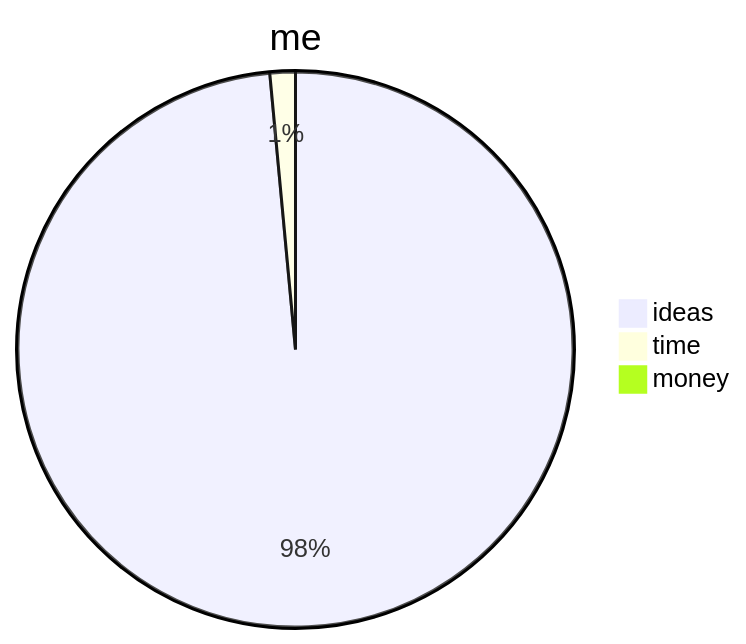
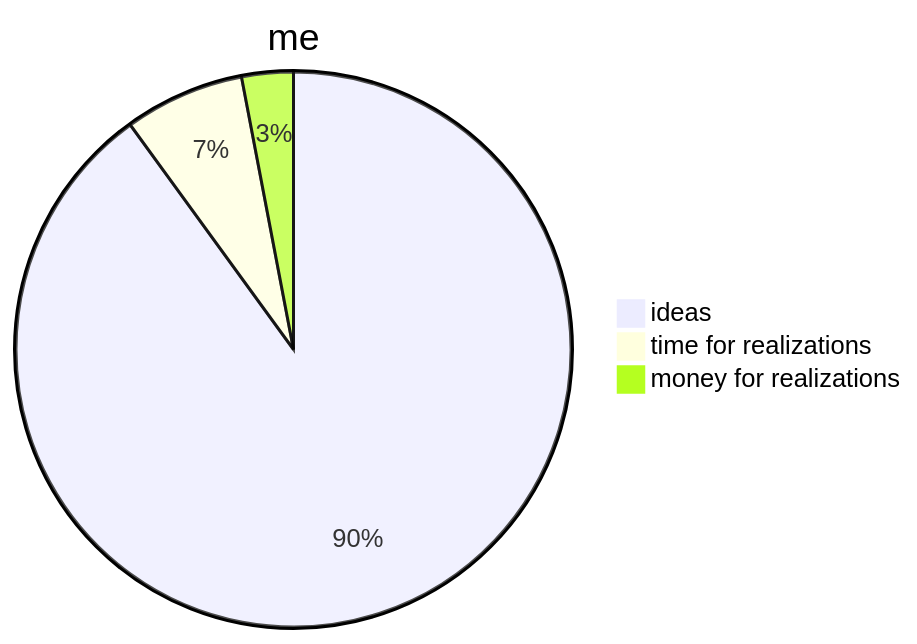
One commit to Zheng-Bote/repo-template changed the first of 4 diagrams in README.md. Above: the diagram before and after it, drawn with Mermaid. The commit also changed other lines of this file, not shown here.

Commit message:
feat: Mermaid extended

````diff
--- a/README.md
+++ b/README.md
@@ -189,6 +192,6 @@
 ```mermaid
 pie title me
-         "ideas" : 666
-         "time" : 10
-         "money" : 5
+         "ideas" : 90
+         "time for realizations" : 7
+         "money for realizations" : 3
 ```
````
